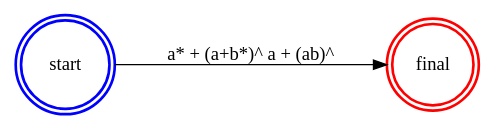
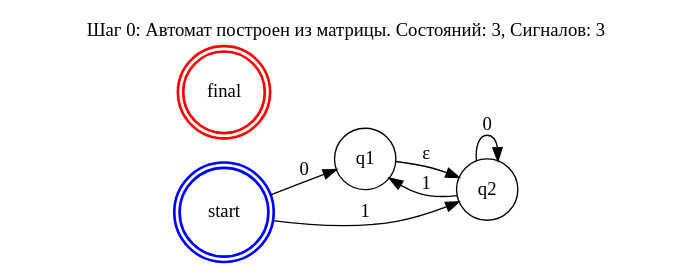
One commit to Denismelnikoww/Theory2 changed the diagram in Automat2/bin/Debug/net8.0/automaton_steps/step_000.dot. Above: the diagram before and after it, drawn with Graphviz. The commit also changed 93 other files, not shown here.

```diff
--- a/Automat2/bin/Debug/net8.0/automaton_steps/step_000.dot
+++ b/Automat2/bin/Debug/net8.0/automaton_steps/step_000.dot
@@ -1,7 +1,14 @@
 digraph G {
   rankdir=LR;
   node [shape = circle];
+  labelloc="t";
+  label="Шаг 0: Автомат построен из матрицы. Состояний: 3, Сигналов: 3";
   q0 [label="start", shape=doublecircle, style=bold, color=blue];
-  q1 [label="final", shape=doublecircle, peripheries=2, style=bold, color=red];
-  q0 -> q1 [label="a* + (a+b*)^ a + (ab)^"];
+  qf [label="final", shape=doublecircle, peripheries=2, style=bold, color=red];
+  q1 [label="q1", shape=circle];
+  q0 -> q1 [label="0"];
+  q0 -> q2 [label="1"];
+  q1 -> q2 [label="ε"];
+  q2 -> q2 [label="0"];
+  q2 -> q1 [label="1"];
 }
```
